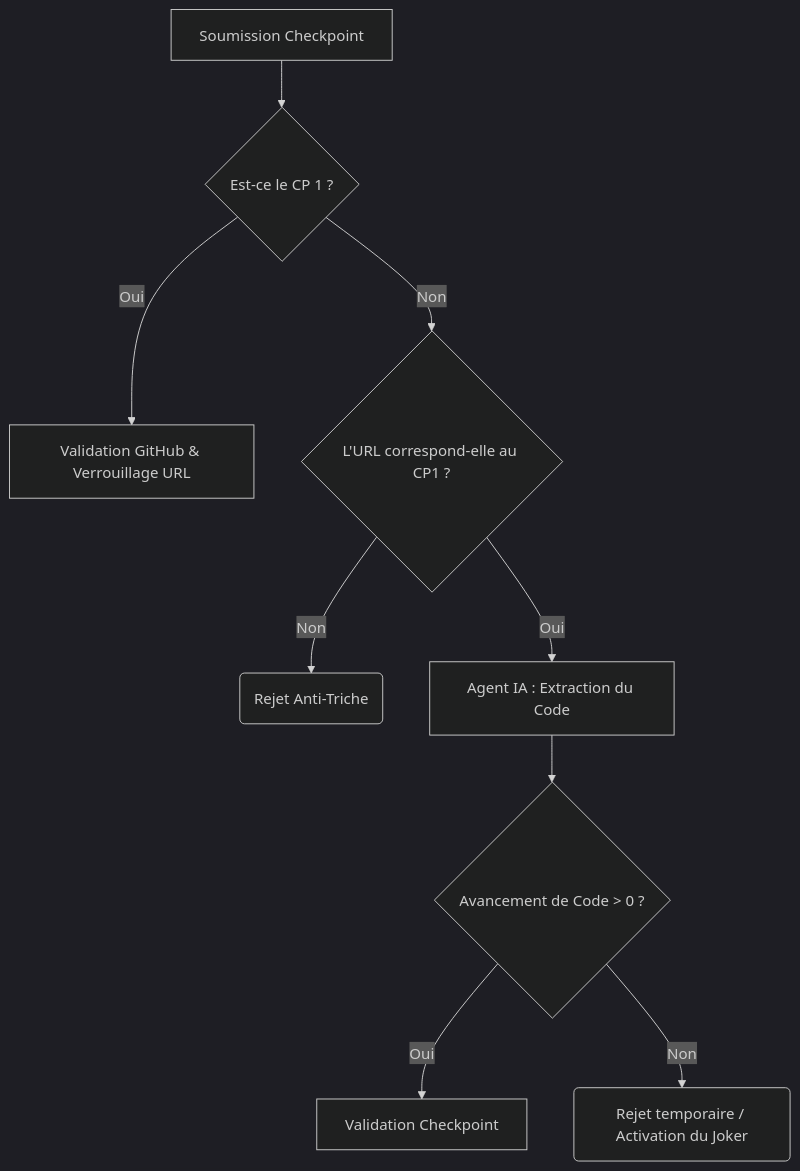
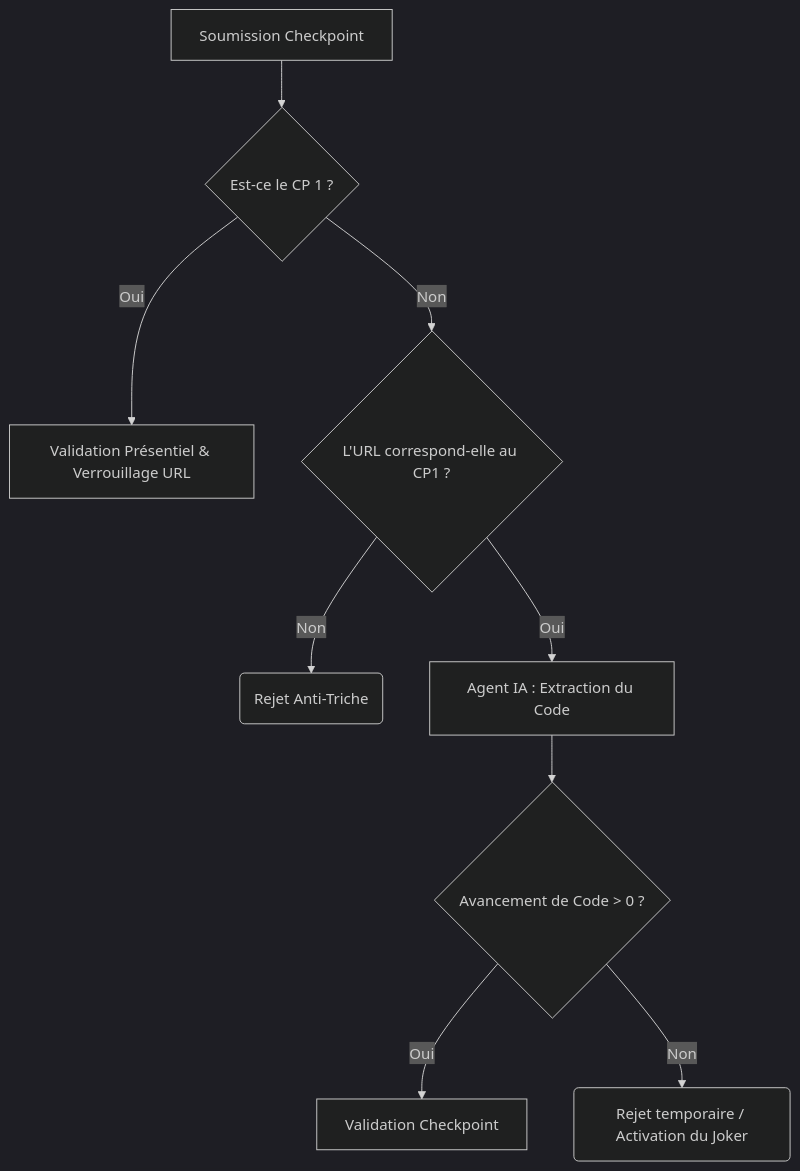
The sixth of 8 diagrams in README.md (Souhaila4/arenaofcoders-backend), drawn with Mermaid (dark theme) before and after one commit. The commit also changed other lines of this file, not shown here.

````diff
--- a/README.md
+++ b/README.md
@@ -337,11 +337,11 @@
 ```mermaid
 flowchart TD
     A[Soumission Checkpoint] --> B{Est-ce le CP 1 ?}
-    B -- Oui --> C[Validation GitHub & Verrouillage URL]
+    B -- Oui --> C[Validation Présentiel & Verrouillage URL]
     B -- Non --> D{L'URL correspond-elle au CP1 ?}
     D -- Non --> E(Rejet Anti-Triche)
     D -- Oui --> F[Agent IA : Extraction du Code]
     F --> G{Avancement de Code > 0 ?}
     G -- Oui --> H[Validation Checkpoint]
     G -- Non --> I(Rejet temporaire / Activation du Joker)
 ```
````
